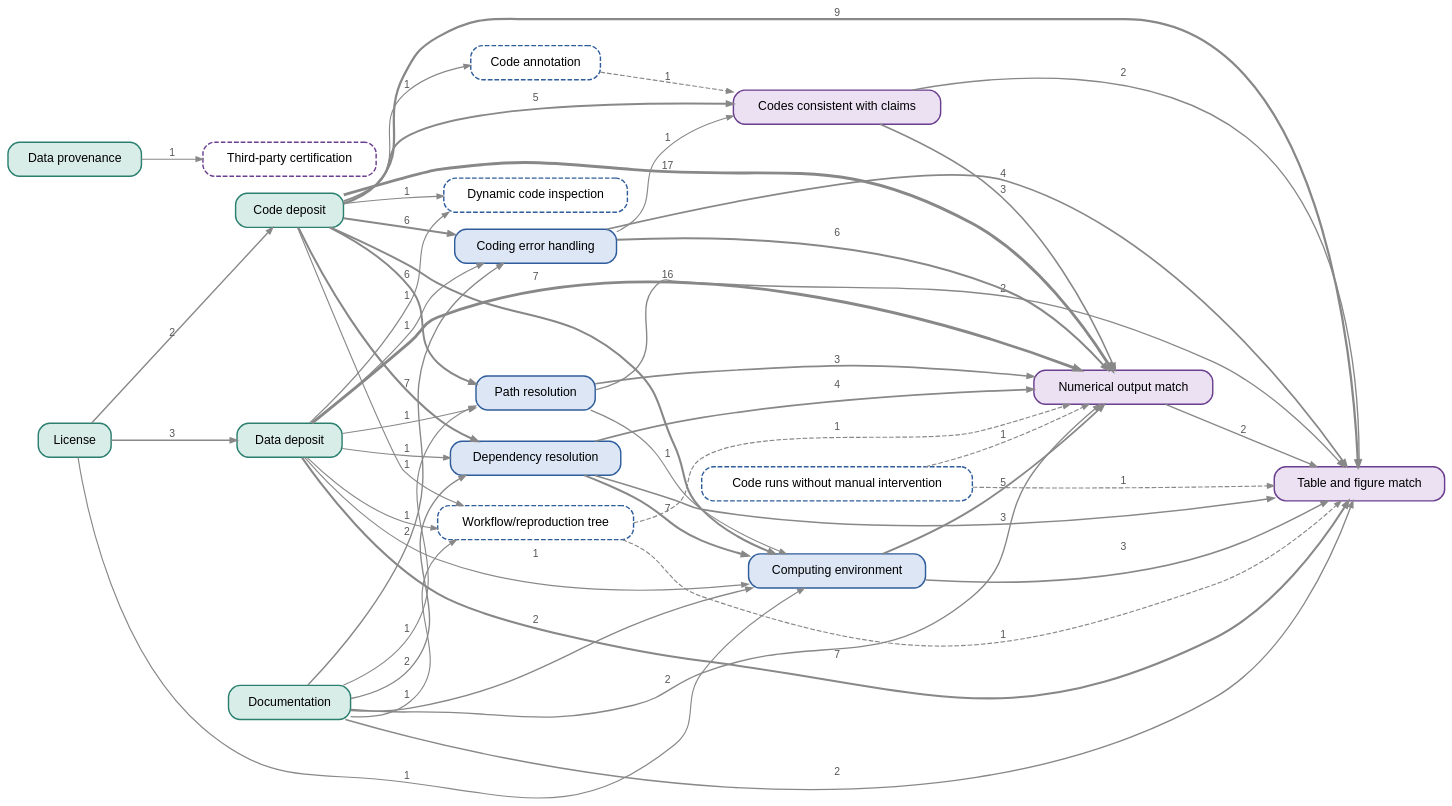
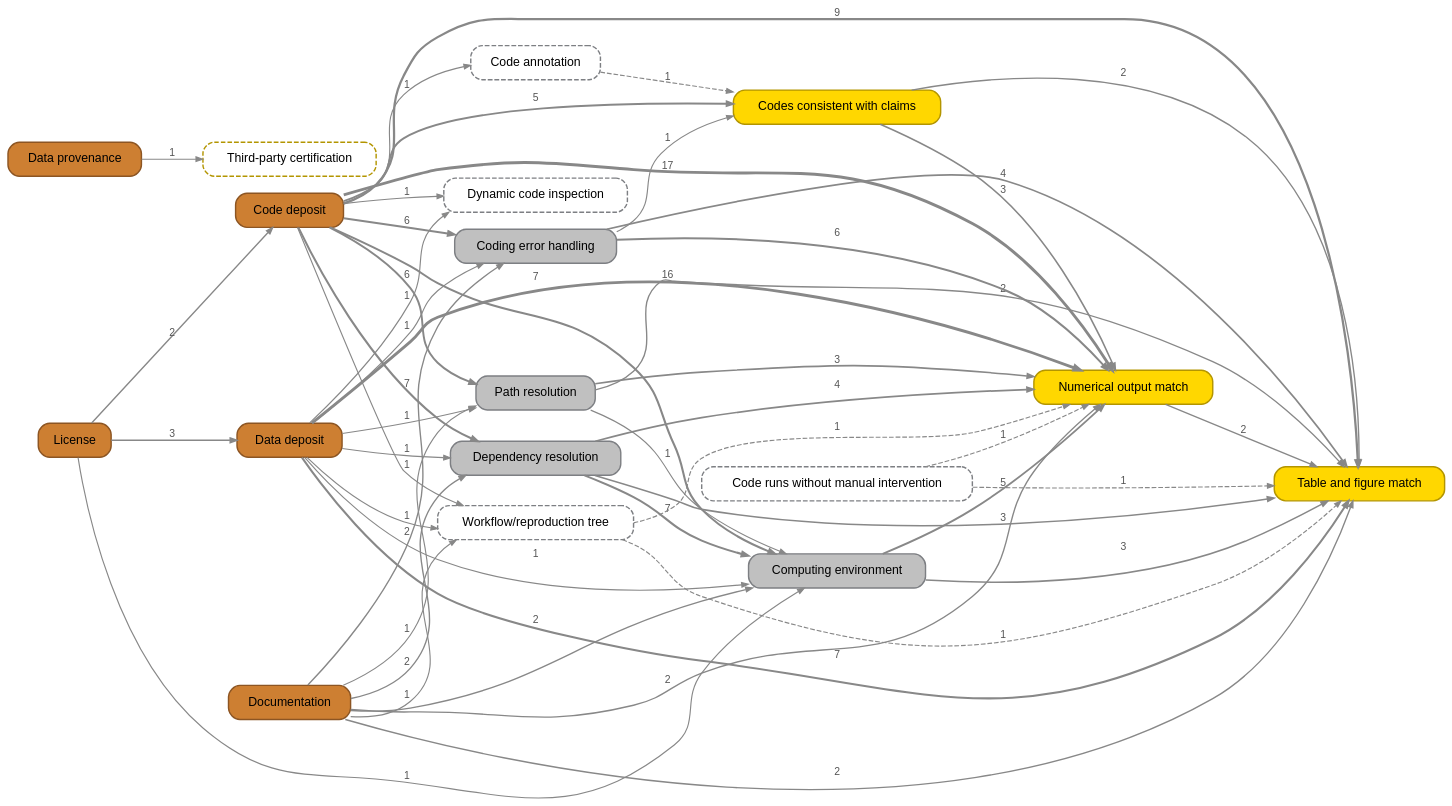
The diagram in _generated/graph_all.dot (rameliaz/socenrep_rep_criteria), drawn with Graphviz before and after one commit. The commit also changed 63 other files, not shown here.

```diff
--- a/_generated/graph_all.dot
+++ b/_generated/graph_all.dot
@@ -2,23 +2,23 @@
   rankdir=LR; nodesep=0.25; ranksep=0.8; bgcolor="transparent";
   node [shape=box, fontname="Helvetica", fontsize=13, margin="0.18,0.08"];
   edge [color="#888888", fontname="Helvetica", fontsize=11, fontcolor="#555555", arrowsize=0.7];
-  "documentation" [label="Documentation", URL="criteria/tier-1/documentation.html", target="_top", tooltip="The replication package explains its own contents: a README lists every file, describes the data and states how to run the code to reproduce the results, and a codebook or data dictionary defines each variable with its values and labels. A third party should be able to understand and use the data without contacting the authors.", fillcolor="#d9ede8", color="#2a7f6f", style="rounded,filled", penwidth=1.5]
-  "data provenance" [label="Data provenance", URL="criteria/tier-1/data-provenance.html", target="_top", tooltip="The origin of every dataset used in the analysis is recorded: a citation of the source with its version or vintage, how and when the data were obtained (e.g. the query or API used), and, for data that cannot be shared, how and under what conditions others can obtain the same data. Where possible, identifiers or checksums let a user confirm they hold identical data.", fillcolor="#d9ede8", color="#2a7f6f", style="rounded,filled", penwidth=1.5]
-  "license" [label="License", URL="criteria/tier-1/license.html", target="_top", tooltip="Every part of the package, code and data alike, carries an explicit license or terms of use, so others know whether and how they may use, modify and redistribute it. The authors have the right to share what they deposit.", fillcolor="#d9ede8", color="#2a7f6f", style="rounded,filled", penwidth=1.5]
-  "code deposit" [label="Code deposit", URL="criteria/tier-1/code-deposit.html", target="_top", tooltip="All code needed to go from the data to every reported result, including data cleaning and preparation as well as the analysis, is publicly available with the paper in human-readable form, preferably in a trusted repository with a persistent identifier.", fillcolor="#d9ede8", color="#2a7f6f", style="rounded,filled", penwidth=1.5]
-  "data deposit" [label="Data deposit", URL="criteria/tier-1/data-deposit.html", target="_top", tooltip="The data needed to reproduce the reported results are publicly available with the paper, preferably in a trusted repository with a persistent identifier. This can be the raw data, the analysis data, or both; with analysis data only, results can be reproduced from the analysis data but not from the raw data.", fillcolor="#d9ede8", color="#2a7f6f", style="rounded,filled", penwidth=1.5]
-  "dependency resolution" [label="Dependency resolution", URL="criteria/tier-2/dependency-resolution.html", target="_top", tooltip="Every add-on package or library the code needs is declared with its exact version, ideally in a machine-readable file (e.g. renv.lock in R) or an installation script (e.g. a setup.do in Stata), so that a user can install them on a new machine and the code finds them.", fillcolor="#dce6f5", color="#2f5d9c", style="rounded,filled", penwidth=1.5]
-  "path resolution" [label="Path resolution", URL="criteria/tier-2/path-resolution.html", target="_top", tooltip="The code finds its input and output files on any machine without edits: paths are relative to the package's root folder, there are no hard-coded absolute paths or machine-specific working directories, and files sit in the folders the code expects.", fillcolor="#dce6f5", color="#2f5d9c", style="rounded,filled", penwidth=1.5]
-  "coding error handling" [label="Coding error handling", URL="criteria/tier-2/coding-error-handling.html", target="_top", tooltip="The code runs to completion without execution errors (bugs). The criterion also covers how errors found during a check are handled: they are recorded, the reproducer makes only minor and unambiguous fixes within a stated limit, each fix is documented, and anything larger goes back to the authors.", fillcolor="#dce6f5", color="#2f5d9c", style="rounded,filled", penwidth=1.5]
-  "computing environment" [label="Computing environment", URL="criteria/tier-2/computing-environment.html", target="_top", tooltip="The system the code was run on is documented: operating system, version of the statistical software or programming language, and, where relevant, hardware and expected runtime. Ideally the environment is captured so it can be rebuilt (e.g. a container, virtual machine or cloud capsule) and the code runs the same way on another machine.", fillcolor="#dce6f5", color="#2f5d9c", style="rounded,filled", penwidth=1.5]
-  "code runs without manual intervention" [label="Code runs without manual intervention", URL="criteria/tier-2/code-runs-without-manual-intervention.html", target="_top", tooltip="The full analysis runs from a single entry point (e.g. a master script or Makefile) in the correct order and non-interactively, with no manual steps, GUI clicks or copying of results between scripts.", fillcolor="white", color="#2f5d9c", style="rounded,dashed", penwidth=1.5]
-  "code annotation" [label="Code annotation", URL="criteria/tier-2/code-annotation.html", target="_top", tooltip="The code is commented and structured so that a reader can follow what each part does: script headers state purpose, inputs and outputs, and comments show which section produces which table or figure.", fillcolor="white", color="#2f5d9c", style="rounded,dashed", penwidth=1.5]
-  "dynamic code inspection" [label="Dynamic code inspection", URL="criteria/tier-2/dynamic-code-inspection.html", target="_top", tooltip="A reproducer can explore how the code behaves by running it with small modifications, inspecting intermediate results, or applying code-analysis tools.", fillcolor="white", color="#2f5d9c", style="rounded,dashed", penwidth=1.5]
-  "workflow/reproduction tree" [label="Workflow/reproduction tree", URL="criteria/tier-2/workflow-reproduction-tree.html", target="_top", tooltip="The package documents which code and data files produce each table and figure in the paper, for example as a diagram or table that traces every display item back to its scripts and inputs.", fillcolor="white", color="#2f5d9c", style="rounded,dashed", penwidth=1.5]
-  "codes consistent with claims" [label="Codes consistent with claims", URL="criteria/tier-3/codes-consistent-with-claims.html", target="_top", tooltip="The code does what the paper says it does: data preparation, samples, model specifications and estimators match the description in the paper, and results are computed by the code rather than copied in. This can be checked by reading the code against the paper, without running it (i.e., static code analysis).", fillcolor="#ebe1f3", color="#6b3f8f", style="rounded,filled", penwidth=1.5]
-  "numerical output match" [label="Numerical output match", URL="criteria/tier-3/numerical-output-match.html", target="_top", tooltip="Re-running the code on the deposited data reproduces the numerical results reported in the paper and appendix: estimates, standard errors, test statistics, sample sizes and numbers in the text. Sources differ on the tolerance, from exact agreement to small stated deviations.", fillcolor="#ebe1f3", color="#6b3f8f", style="rounded,filled", penwidth=1.5]
-  "table and figure match" [label="Table and figure match", URL="criteria/tier-3/table-and-figure-match.html", target="_top", tooltip="The code regenerates every table and figure in the paper and appendix, and the regenerated items match the published ones in structure and appearance; for figures, this means the levels, shapes and positions of curves and data points.", fillcolor="#ebe1f3", color="#6b3f8f", style="rounded,filled", penwidth=1.5]
-  "third-party certification" [label="Third-party certification", URL="criteria/tier-3/third-party-certification.html", target="_top", tooltip="An independent party certifies that it reproduced the results, or specific tables and figures, from the package, for example in a signed letter or a certificate from a certification agency. This matters most when the data are confidential and reproducers cannot access them.", fillcolor="white", color="#6b3f8f", style="rounded,dashed", penwidth=1.5]
+  "documentation" [label="Documentation", URL="criteria/tier-1/documentation.html", target="_top", tooltip="The replication package explains its own contents: a README lists every file, describes the data and states how to run the code to reproduce the results, and a codebook or data dictionary defines each variable with its values and labels. A third party should be able to understand and use the data without contacting the authors.", fillcolor="#cd7f32", color="#8c5523", style="rounded,filled", penwidth=1.5]
+  "data provenance" [label="Data provenance", URL="criteria/tier-1/data-provenance.html", target="_top", tooltip="The origin of every dataset used in the analysis is recorded: a citation of the source with its version or vintage, how and when the data were obtained (e.g. the query or API used), and, for data that cannot be shared, how and under what conditions others can obtain the same data. Where possible, identifiers or checksums let a user confirm they hold identical data.", fillcolor="#cd7f32", color="#8c5523", style="rounded,filled", penwidth=1.5]
+  "license" [label="License", URL="criteria/tier-1/license.html", target="_top", tooltip="Every part of the package, code and data alike, carries an explicit license or terms of use, so others know whether and how they may use, modify and redistribute it. The authors have the right to share what they deposit.", fillcolor="#cd7f32", color="#8c5523", style="rounded,filled", penwidth=1.5]
+  "code deposit" [label="Code deposit", URL="criteria/tier-1/code-deposit.html", target="_top", tooltip="All code needed to go from the data to every reported result, including data cleaning and preparation as well as the analysis, is publicly available with the paper in human-readable form, preferably in a trusted repository with a persistent identifier.", fillcolor="#cd7f32", color="#8c5523", style="rounded,filled", penwidth=1.5]
+  "data deposit" [label="Data deposit", URL="criteria/tier-1/data-deposit.html", target="_top", tooltip="The data needed to reproduce the reported results are publicly available with the paper, preferably in a trusted repository with a persistent identifier. This can be the raw data, the analysis data, or both; with analysis data only, results can be reproduced from the analysis data but not from the raw data.", fillcolor="#cd7f32", color="#8c5523", style="rounded,filled", penwidth=1.5]
+  "dependency resolution" [label="Dependency resolution", URL="criteria/tier-2/dependency-resolution.html", target="_top", tooltip="Every add-on package or library the code needs is declared with its exact version, ideally in a machine-readable file (e.g. renv.lock in R) or an installation script (e.g. a setup.do in Stata), so that a user can install them on a new machine and the code finds them.", fillcolor="#c0c0c0", color="#7d7f83", style="rounded,filled", penwidth=1.5]
+  "path resolution" [label="Path resolution", URL="criteria/tier-2/path-resolution.html", target="_top", tooltip="The code finds its input and output files on any machine without edits: paths are relative to the package's root folder, there are no hard-coded absolute paths or machine-specific working directories, and files sit in the folders the code expects.", fillcolor="#c0c0c0", color="#7d7f83", style="rounded,filled", penwidth=1.5]
+  "coding error handling" [label="Coding error handling", URL="criteria/tier-2/coding-error-handling.html", target="_top", tooltip="The code runs to completion without execution errors (bugs). The criterion also covers how errors found during a check are handled: they are recorded, the reproducer makes only minor and unambiguous fixes within a stated limit, each fix is documented, and anything larger goes back to the authors.", fillcolor="#c0c0c0", color="#7d7f83", style="rounded,filled", penwidth=1.5]
+  "computing environment" [label="Computing environment", URL="criteria/tier-2/computing-environment.html", target="_top", tooltip="The system the code was run on is documented: operating system, version of the statistical software or programming language, and, where relevant, hardware and expected runtime. Ideally the environment is captured so it can be rebuilt (e.g. a container, virtual machine or cloud capsule) and the code runs the same way on another machine.", fillcolor="#c0c0c0", color="#7d7f83", style="rounded,filled", penwidth=1.5]
+  "code runs without manual intervention" [label="Code runs without manual intervention", URL="criteria/tier-2/code-runs-without-manual-intervention.html", target="_top", tooltip="The full analysis runs from a single entry point (e.g. a master script or Makefile) in the correct order and non-interactively, with no manual steps, GUI clicks or copying of results between scripts.", fillcolor="white", color="#7d7f83", style="rounded,dashed", penwidth=1.5]
+  "code annotation" [label="Code annotation", URL="criteria/tier-2/code-annotation.html", target="_top", tooltip="The code is commented and structured so that a reader can follow what each part does: script headers state purpose, inputs and outputs, and comments show which section produces which table or figure.", fillcolor="white", color="#7d7f83", style="rounded,dashed", penwidth=1.5]
+  "dynamic code inspection" [label="Dynamic code inspection", URL="criteria/tier-2/dynamic-code-inspection.html", target="_top", tooltip="A reproducer can explore how the code behaves by running it with small modifications, inspecting intermediate results, or applying code-analysis tools.", fillcolor="white", color="#7d7f83", style="rounded,dashed", penwidth=1.5]
+  "workflow/reproduction tree" [label="Workflow/reproduction tree", URL="criteria/tier-2/workflow-reproduction-tree.html", target="_top", tooltip="The package documents which code and data files produce each table and figure in the paper, for example as a diagram or table that traces every display item back to its scripts and inputs.", fillcolor="white", color="#7d7f83", style="rounded,dashed", penwidth=1.5]
+  "codes consistent with claims" [label="Codes consistent with claims", URL="criteria/tier-3/codes-consistent-with-claims.html", target="_top", tooltip="The code does what the paper says it does: data preparation, samples, model specifications and estimators match the description in the paper, and results are computed by the code rather than copied in. This can be checked by reading the code against the paper, without running it (i.e., static code analysis).", fillcolor="#ffd700", color="#b39500", style="rounded,filled", penwidth=1.5]
+  "numerical output match" [label="Numerical output match", URL="criteria/tier-3/numerical-output-match.html", target="_top", tooltip="Re-running the code on the deposited data reproduces the numerical results reported in the paper and appendix: estimates, standard errors, test statistics, sample sizes and numbers in the text. Sources differ on the tolerance, from exact agreement to small stated deviations.", fillcolor="#ffd700", color="#b39500", style="rounded,filled", penwidth=1.5]
+  "table and figure match" [label="Table and figure match", URL="criteria/tier-3/table-and-figure-match.html", target="_top", tooltip="The code regenerates every table and figure in the paper and appendix, and the regenerated items match the published ones in structure and appearance; for figures, this means the levels, shapes and positions of curves and data points.", fillcolor="#ffd700", color="#b39500", style="rounded,filled", penwidth=1.5]
+  "third-party certification" [label="Third-party certification", URL="criteria/tier-3/third-party-certification.html", target="_top", tooltip="An independent party certifies that it reproduced the results, or specific tables and figures, from the package, for example in a signed letter or a certificate from a certification agency. This matters most only when the data cannot be shared and reproducers cannot access them.", fillcolor="white", color="#b39500", style="rounded,dashed", penwidth=1.5]
   "license" -> "code deposit" [penwidth=1.45, label="2", style="solid"]
   "license" -> "data deposit" [penwidth=1.64, label="3", style="solid"]
   "code deposit" -> "dependency resolution" [penwidth=2.19, label="7", style="solid"]
```
